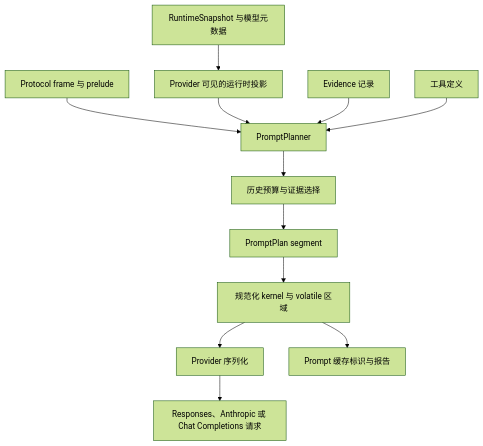
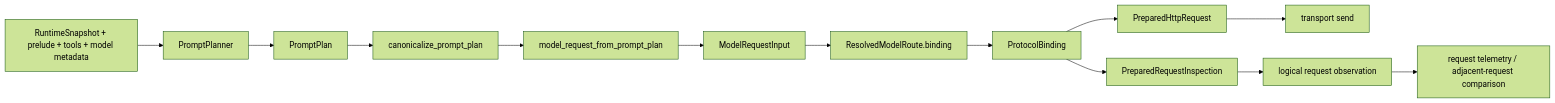
The diagram in docs/components/request-building.md (letr007/letcode), drawn with Mermaid (forest theme) before and after one commit. The commit also changed other lines of this file and 69 other files, not shown here.

Commit message:
refactor(runtime): replace provider SDK with typed model runtime

````diff
--- a/docs/components/request-building.md
+++ b/docs/components/request-building.md
@@ -7,14 +7,16 @@
 ```mermaid
-flowchart TD
-    A[RuntimeSnapshot 与模型元数据] --> B[Provider 可见的运行时投影]
-    H[Protocol frame 与 prelude] --> C[PromptPlanner]
-    B --> C
-    E[Evidence 记录] --> C
-    T[工具定义] --> C
-    C --> D[历史预算与证据选择]
-    D --> P[PromptPlan segment]
-    P --> N[规范化 kernel 与 volatile 区域]
-    N --> S[Provider 序列化]
-    N --> K[Prompt 缓存标识与报告]
-    S --> R[Responses、Anthropic 或 Chat Completions 请求]
+flowchart LR
+    A[RuntimeSnapshot + prelude + tools + model metadata]
+      --> B[PromptPlanner]
+    B --> C[PromptPlan]
+    C --> D[canonicalize_prompt_plan]
+    D --> E[model_request_from_prompt_plan]
+    E --> F[ModelRequestInput]
+    F --> G[ResolvedModelRoute.binding]
+    G --> H[ProtocolBinding]
+    H --> I[PreparedHttpRequest]
+    I --> J[transport send]
+    H --> K[PreparedRequestInspection]
+    K --> L[logical request observation]
+    L --> M[request telemetry / adjacent-request comparison]
 ```
````
